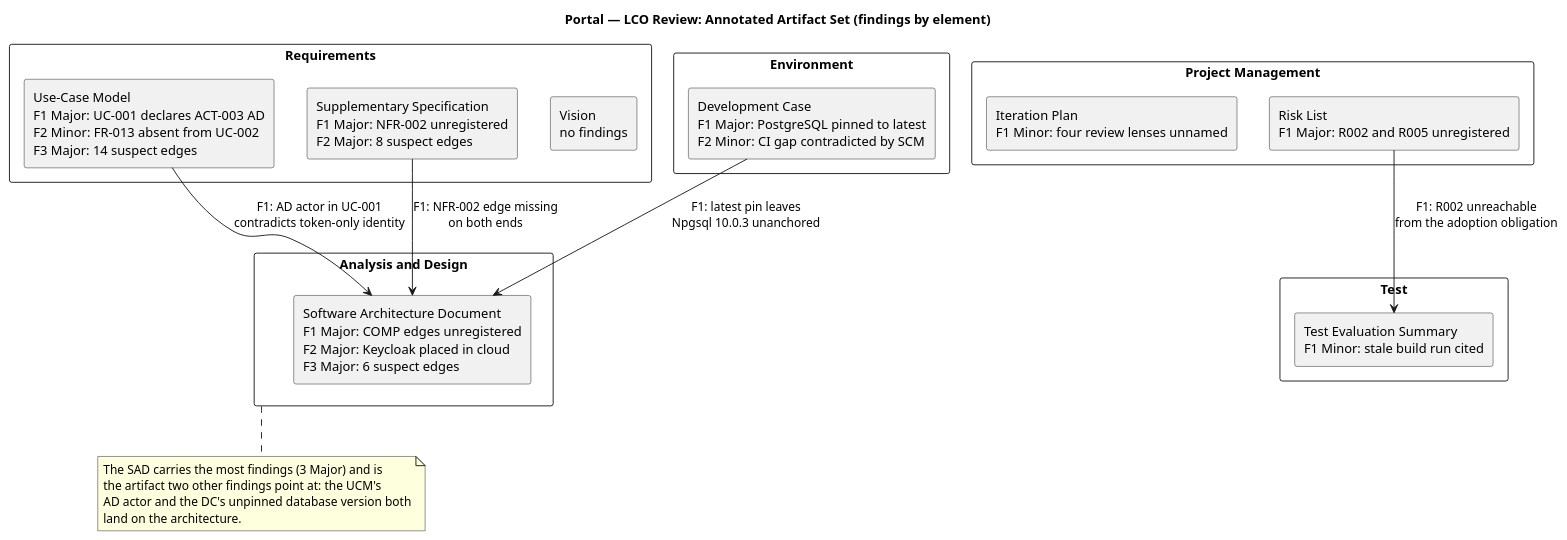
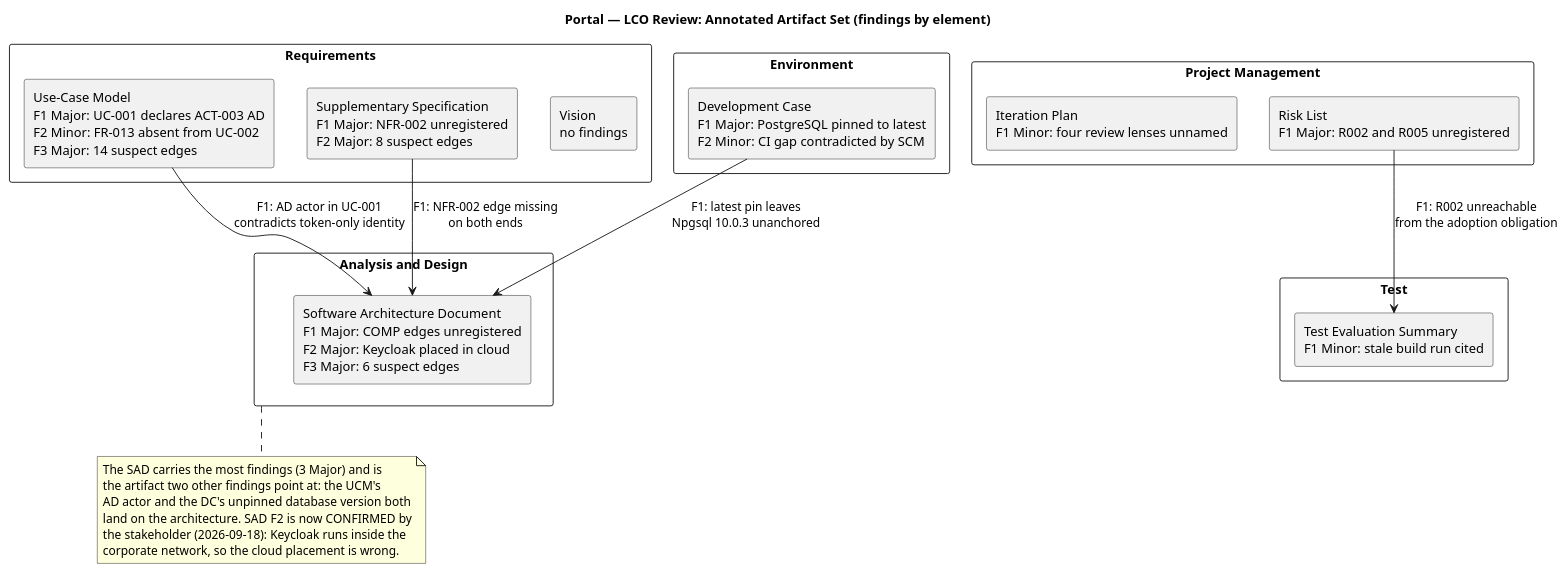
The third of 3 diagrams in docs/artifacts/project-management/review-record.md (banense-test/portal), drawn with PlantUML before and after one commit. The commit also changed other lines of this file, not shown here.

Commit message:
Reviewer [I1]: upsert Review Record
[skip ci]

````diff
--- a/docs/artifacts/project-management/review-record.md
+++ b/docs/artifacts/project-management/review-record.md
@@ -153,43 +152,45 @@
 ```plantuml
 @startuml
 title Portal — LCO Review: Annotated Artifact Set (findings by element)
 
 skinparam componentStyle rectangle
 skinparam packageStyle rectangle
 
 package "Requirements" as REQ {
   component "Vision\nno findings" as VIS
   component "Use-Case Model\nF1 Major: UC-001 declares ACT-003 AD\nF2 Minor: FR-013 absent from UC-002\nF3 Major: 14 suspect edges" as UCM
   component "Supplementary Specification\nF1 Major: NFR-002 unregistered\nF2 Major: 8 suspect edges" as SS
 }
 
 package "Analysis and Design" as AD {
   component "Software Architecture Document\nF1 Major: COMP edges unregistered\nF2 Major: Keycloak placed in cloud\nF3 Major: 6 suspect edges" as SAD
 }
 
 package "Environment" as ENV {
   component "Development Case\nF1 Major: PostgreSQL pinned to latest\nF2 Minor: CI gap contradicted by SCM" as DC
 }
 
 package "Project Management" as PM {
   component "Risk List\nF1 Major: R002 and R005 unregistered" as RL
   component "Iteration Plan\nF1 Minor: four review lenses unnamed" as IP
 }
 
 package "Test" as TEST {
   component "Test Evaluation Summary\nF1 Minor: stale build run cited" as TES
 }
 
 UCM --> SAD : F1: AD actor in UC-001\ncontradicts token-only identity
 SS --> SAD : F1: NFR-002 edge missing\non both ends
 DC --> SAD : F1: latest pin leaves\nNpgsql 10.0.3 unanchored
 RL --> TES : F1: R002 unreachable\nfrom the adoption obligation
 
 note bottom of AD
   The SAD carries the most findings (3 Major) and is
   the artifact two other findings point at: the UCM's
   AD actor and the DC's unpinned database version both
-  land on the architecture.
+  land on the architecture. SAD F2 is now CONFIRMED by
+  the stakeholder (2026-09-18): Keycloak runs inside the
+  corporate network, so the cloud placement is wrong.
 end note
 @enduml
 ```
````
